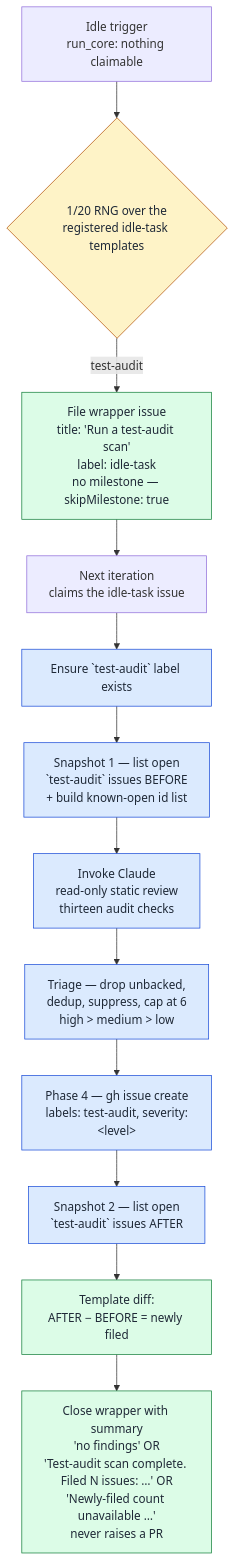
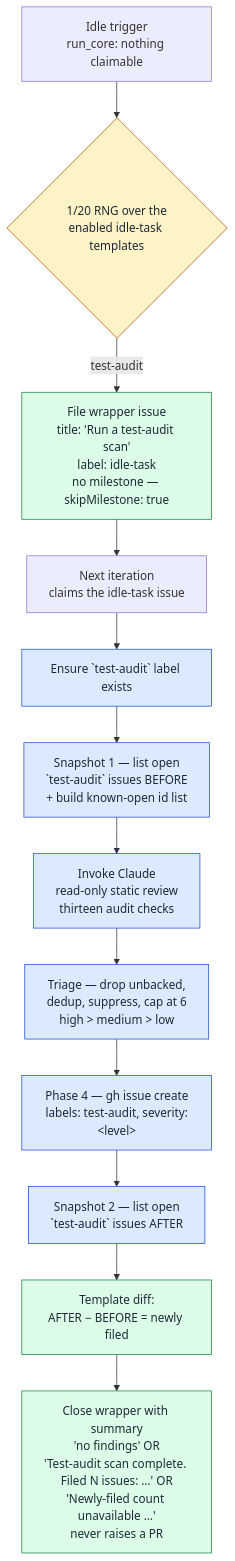
One commit to stSoftwareAU/VibeCoder changed the second of 2 diagrams in docs/TEST-AUDIT-SCAN.md. Above: the diagram before and after it, drawn with Mermaid. The commit also changed other lines of this file and 13 other files, not shown here.

````diff
--- a/docs/TEST-AUDIT-SCAN.md
+++ b/docs/TEST-AUDIT-SCAN.md
@@ -230,20 +252,20 @@
 ```mermaid
 flowchart TD
     classDef gate fill:#fef3c7,stroke:#b45309,color:#1f2937;
     classDef phase fill:#dbeafe,stroke:#1d4ed8,color:#1f2937;
     classDef output fill:#dcfce7,stroke:#15803d,color:#1f2937;
 
     Idle[Idle trigger<br/>run_core: nothing claimable]
-    Idle --> Pick{1/20 RNG over the<br/>registered idle-task templates}
+    Idle --> Pick{1/20 RNG over the<br/>enabled idle-task templates}
     Pick -- test-audit --> FileWrapper[File wrapper issue<br/>title: 'Run a test-audit scan'<br/>label: idle-task<br/>no milestone — skipMilestone: true]:::output
     FileWrapper --> Claim[Next iteration<br/>claims the idle-task issue]
     Claim --> Ensure[Ensure `test-audit` label exists]:::phase
     Ensure --> Before[Snapshot 1 — list open<br/>`test-audit` issues BEFORE<br/>+ build known-open id list]:::phase
     Before --> Run[Invoke Claude<br/>read-only static review<br/>thirteen audit checks]:::phase
     Run --> Cap[Triage — drop unbacked,<br/>dedup, suppress, cap at 6<br/>high > medium > low]:::phase
     Cap --> FileFindings[Phase 4 — gh issue create<br/>labels: test-audit, severity:&lt;level&gt;]:::phase
     FileFindings --> After[Snapshot 2 — list open<br/>`test-audit` issues AFTER]:::phase
     After --> Diff[Template diff:<br/>AFTER − BEFORE = newly filed]:::output
     Diff --> Close[Close wrapper with summary<br/>'no findings' OR<br/>'Test-audit scan complete. Filed N issues: …' OR<br/>'Newly-filed count unavailable …'<br/>never raises a PR]:::output
     class Pick gate;
 ```
````
